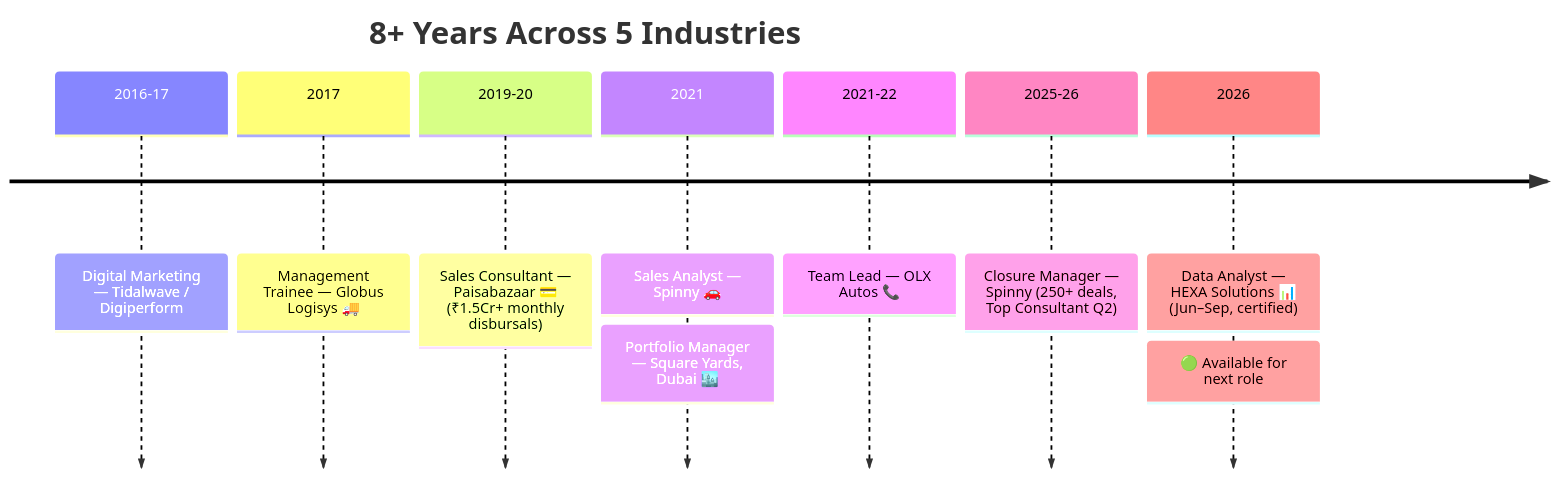
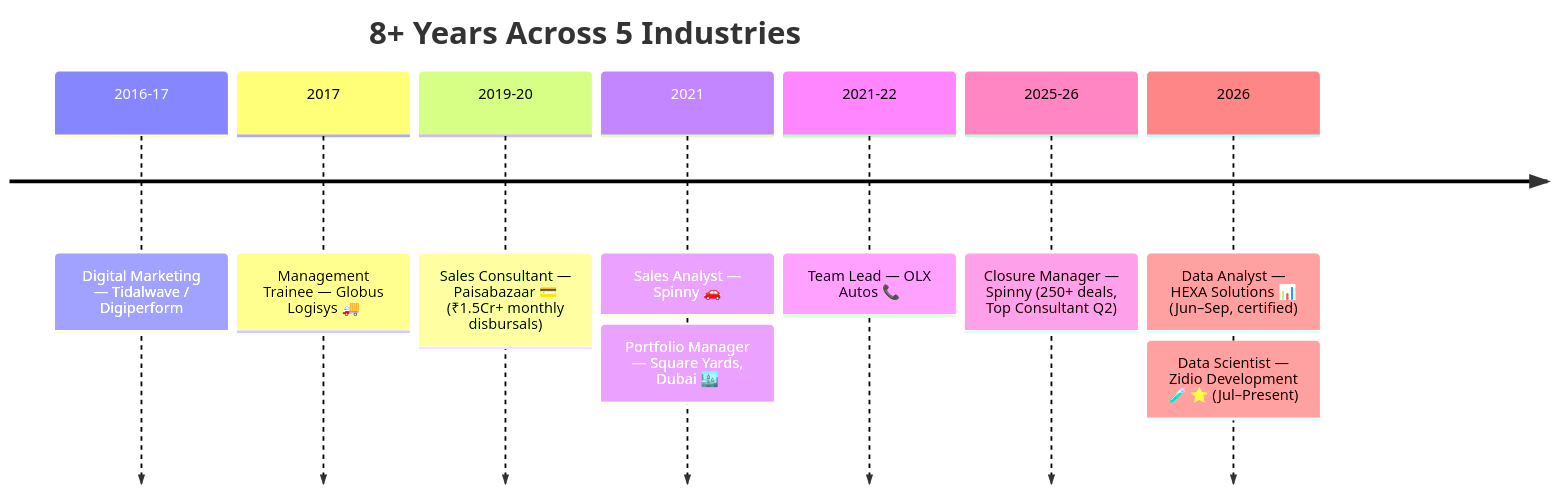
The diagram in README_Dashboard.md (Eswar5313/Eswar5313), drawn with Mermaid before and after one commit. The commit also changed other lines of this file, not shown here.

````diff
--- a/README_Dashboard.md
+++ b/README_Dashboard.md
@@ -180,11 +181,11 @@
 ```mermaid
 timeline
     title 8+ Years Across 5 Industries
     2016-17 : Digital Marketing — Tidalwave / Digiperform
     2017 : Management Trainee — Globus Logisys 🚚
     2019-20 : Sales Consultant — Paisabazaar 💳 (₹1.5Cr+ monthly disbursals)
     2021 : Sales Analyst — Spinny 🚗 : Portfolio Manager — Square Yards, Dubai 🏙️
     2021-22 : Team Lead — OLX Autos 📞
     2025-26 : Closure Manager — Spinny (250+ deals, Top Consultant Q2)
-    2026 : Data Analyst — HEXA Solutions 📊 (Jun–Sep, certified) : 🟢 Available for next role
+    2026 : Data Analyst — HEXA Solutions 📊 (Jun–Sep, certified) : Data Scientist — Zidio Development 🧪 ⭐ (Jul–Present)
 ```
````
